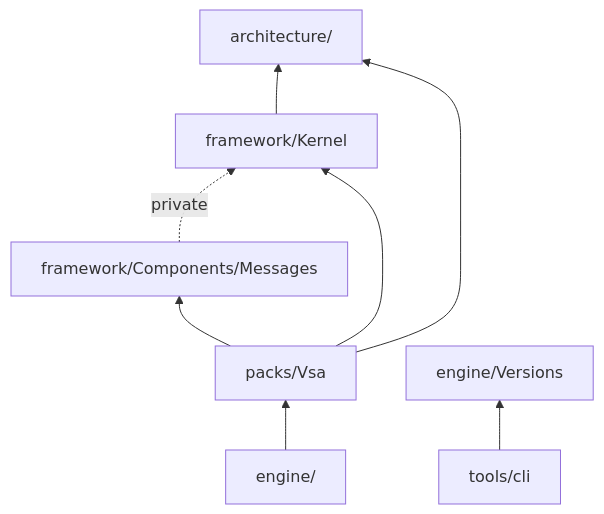
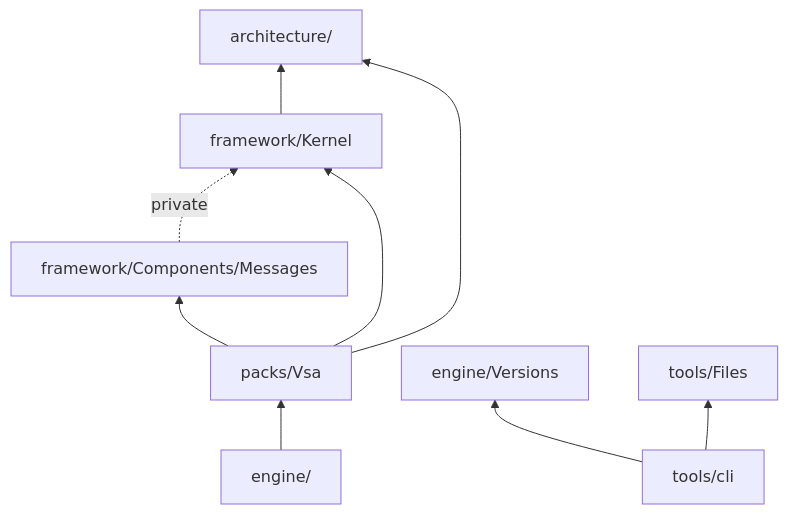
Before and after one commit to MgCohen/vsa-template: the diagram in docs/framework-layout.md, drawn with Mermaid. The commit also changed other lines of this file and 28 other files, not shown here.

````diff
--- a/docs/framework-layout.md
+++ b/docs/framework-layout.md
@@ -17,10 +17,11 @@
 ```mermaid
 flowchart BT
     Kernel["framework/Kernel"] --> Architecture["architecture/"]
     Messages["framework/Components/Messages"] -. private .-> Kernel
     Vsa["packs/Vsa"] --> Kernel
     Vsa --> Messages
     Vsa --> Architecture
     Engine["engine/"] --> Vsa
     Cli["tools/cli"] --> Versions["engine/Versions"]
+    Cli --> Files["tools/Files"]
 ```
````
